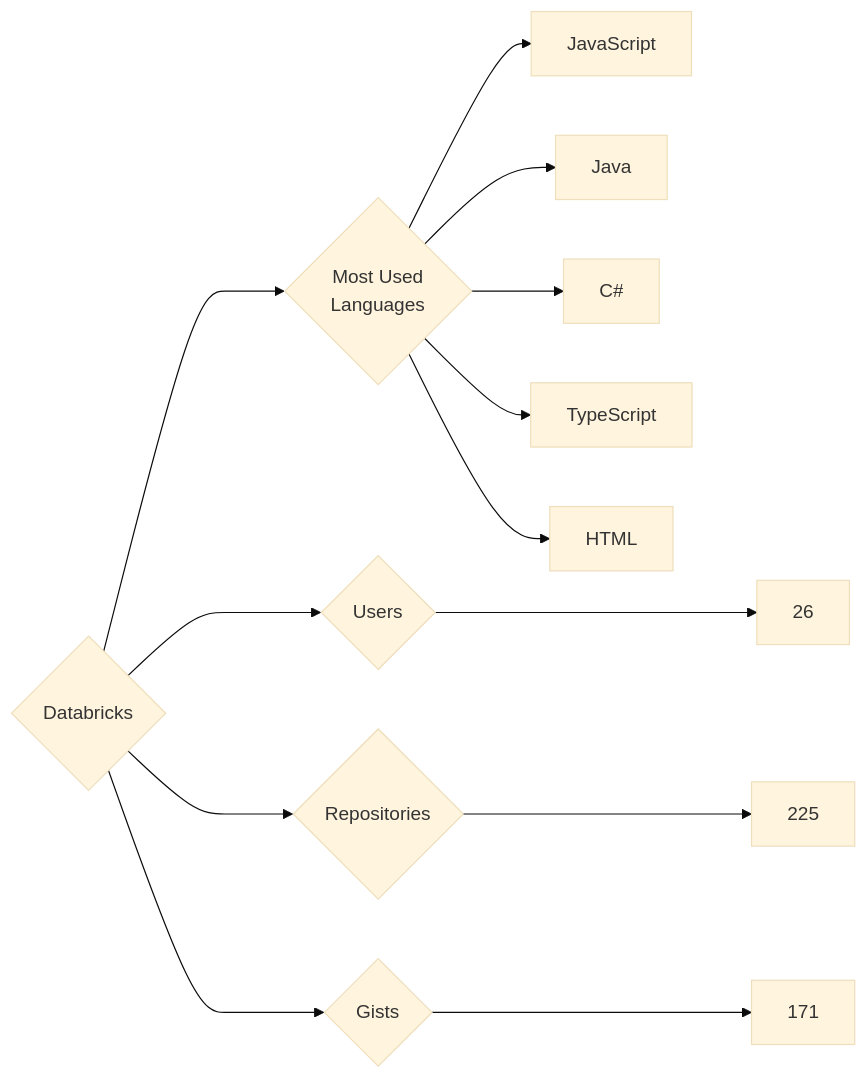
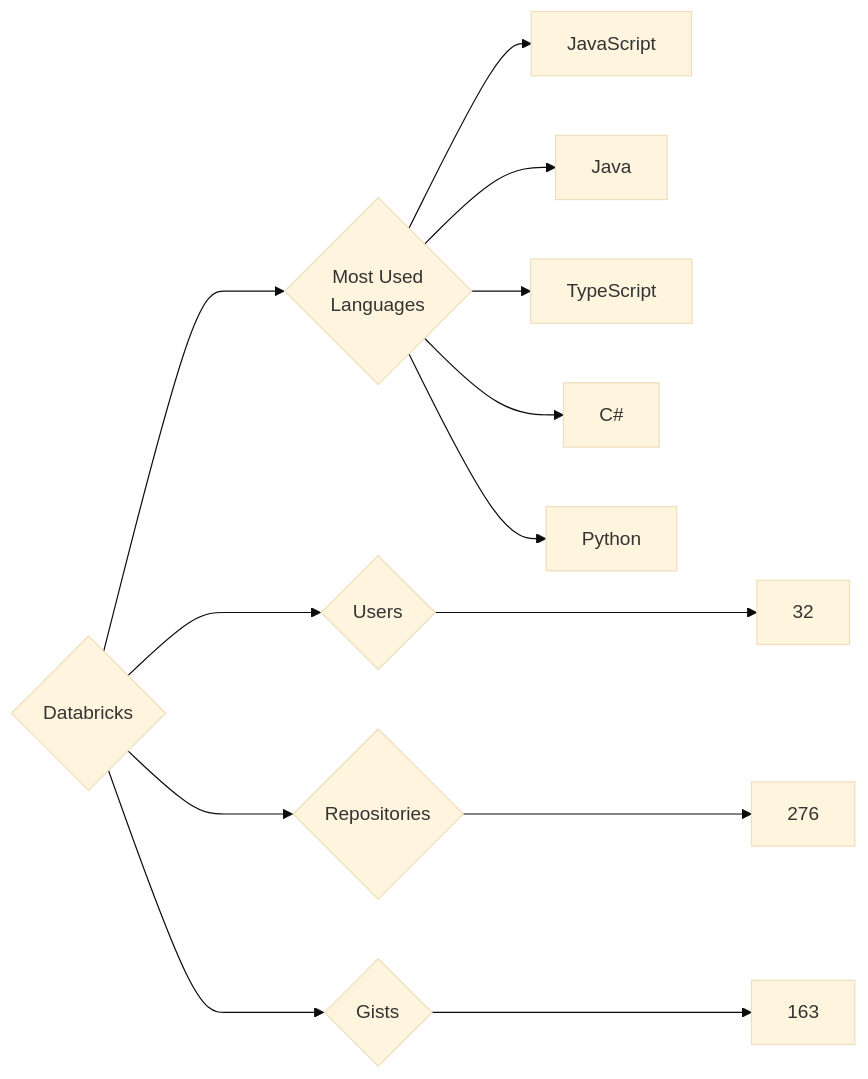
The diagram in targets/Databricks/README.md (trickest/insiders), drawn with Mermaid (base theme) before and after one commit. The commit also changed 1238 other files, not shown here.

````diff
--- a/targets/Databricks/README.md
+++ b/targets/Databricks/README.md
@@ -3,13 +3,13 @@
 ```mermaid
 graph LR
 COMPANY_NAME{Databricks}
-COMPANY_NAME ---> U{Users} ---> UN[26]
-COMPANY_NAME ---> R{Repositories} ---> RN[225]
-COMPANY_NAME ---> G{Gists} ---> GN[171]
+COMPANY_NAME ---> U{Users} ---> UN[32]
+COMPANY_NAME ---> R{Repositories} ---> RN[276]
+COMPANY_NAME ---> G{Gists} ---> GN[163]
 COMPANY_NAME ---> ML{Most Used<br>Languages}
 ML --> JavaScript[JavaScript]
 ML --> Java[Java]
+ML --> TypeScript[TypeScript]
 ML --> C#[C#]
-ML --> TypeScript[TypeScript]
-ML --> HTML[HTML]
+ML --> Python[Python]
 ```
````
